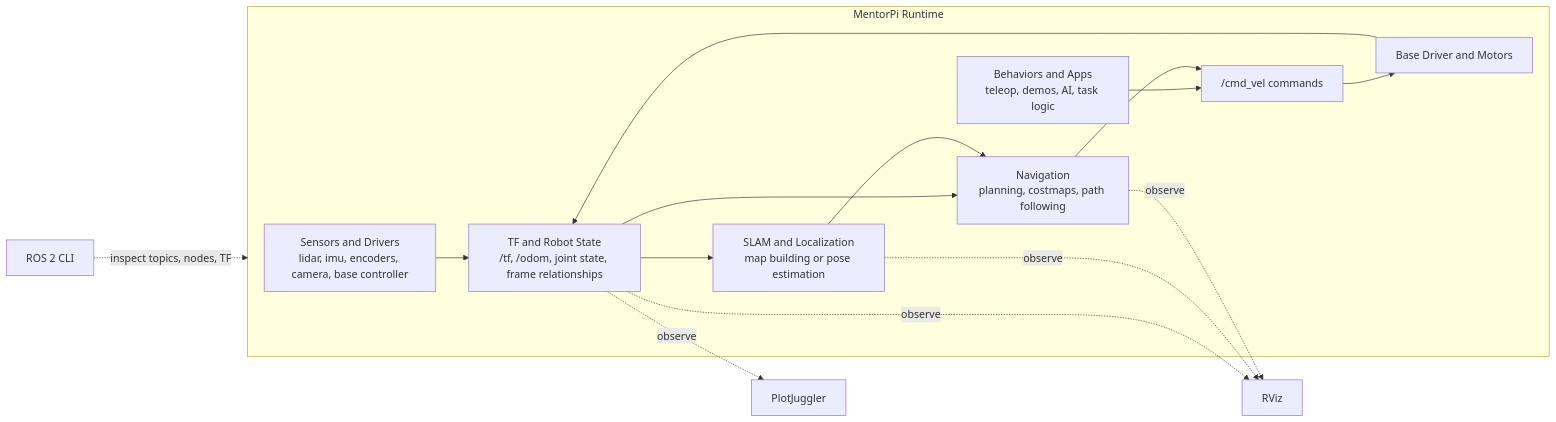
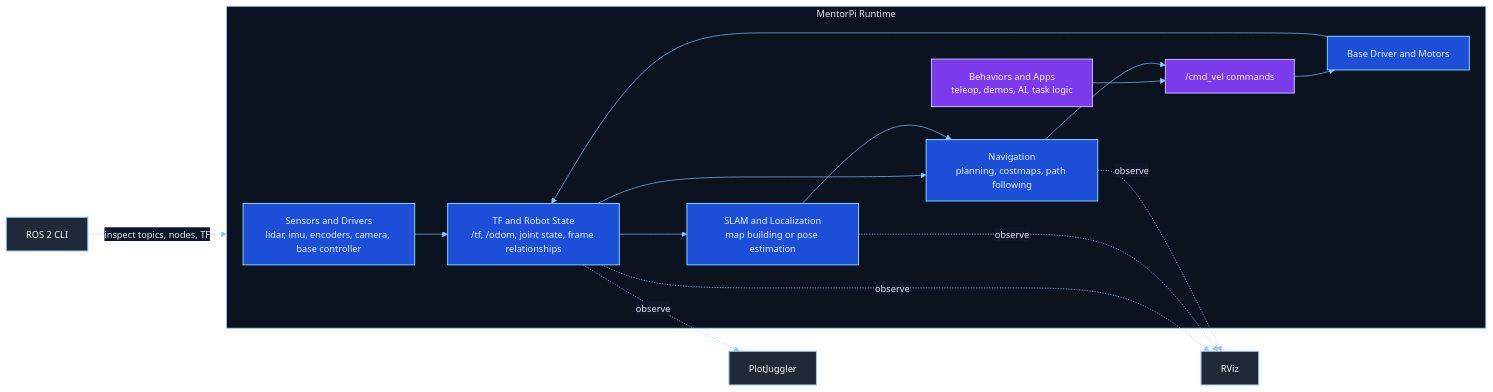
Before and after one commit to lexmaister/mentorpi_ws: the first of 4 diagrams in docs/mentorpi-ros-architecture.md, drawn with Mermaid. The commit also changed other lines of this file, not shown here.

Commit message:
docs: diagrams - darker, higher-contrast palette for better readability in dark mode

````diff
--- a/docs/mentorpi-ros-architecture.md
+++ b/docs/mentorpi-ros-architecture.md
@@ -45,31 +45,57 @@
 ```mermaid
+%%{init: {'theme': 'base', 'themeVariables': {
+  'primaryColor': '#1e293b',
+  'primaryTextColor': '#e2e8f0',
+  'primaryBorderColor': '#7dd3fc',
+  'lineColor': '#93c5fd',
+  'secondaryColor': '#0f172a',
+  'tertiaryColor': '#111827',
+  'background': '#020817',
+  'mainBkg': '#0f172a',
+  'nodeBorder': '#7dd3fc',
+  'clusterBkg': '#0f172a',
+  'clusterBorder': '#93c5fd',
+  'textColor': '#e2e8f0',
+  'fontFamily': 'Arial',
+  'fontSize': '14px'
+}}}%%
 flowchart LR
+  classDef robot fill:#1d4ed8,stroke:#7dd3fc,color:#e0f2fe,stroke-width:1.5px;
+  classDef data fill:#0f766e,stroke:#99f6e4,color:#ecfeff,stroke-width:1.5px;
+  classDef app fill:#7c3aed,stroke:#c4b5fd,color:#f5f3ff,stroke-width:1.5px;
+  classDef io fill:#1f2937,stroke:#93c5fd,color:#f8fafc,stroke-width:1.5px;
+
   subgraph Robot[MentorPi Runtime]
     S[Sensors and Drivers\nlidar, imu, encoders, camera, base controller]
     TF[TF and Robot State\n/tf, /odom, joint state, frame relationships]
     SLAM[SLAM and Localization\nmap building or pose estimation]
     NAV[Navigation\nplanning, costmaps, path following]
     BEH[Behaviors and Apps\nteleop, demos, AI, task logic]
     CMD["/cmd_vel commands"]
     BASE[Base Driver and Motors]
   end
 
   S --> TF
   TF --> SLAM
   TF --> NAV
   SLAM --> NAV
   BEH --> CMD
   NAV --> CMD
   CMD --> BASE
   BASE --> TF
 
   RVIZ[RViz]
   PLOT[PlotJuggler]
   CLI[ROS 2 CLI]
 
   TF -. observe .-> RVIZ
   SLAM -. observe .-> RVIZ
   NAV -. observe .-> RVIZ
   TF -. observe .-> PLOT
   CLI -. inspect topics, nodes, TF .-> Robot
+
+  class S,TF,SLAM,NAV,BASE robot;
+  class CMD,BEH app;
+  class RVIZ,PLOT,CLI io;
+  style Robot fill:#0b1220,stroke:#93c5fd,stroke-width:1.2px,color:#e2e8f0;
 ```
````
